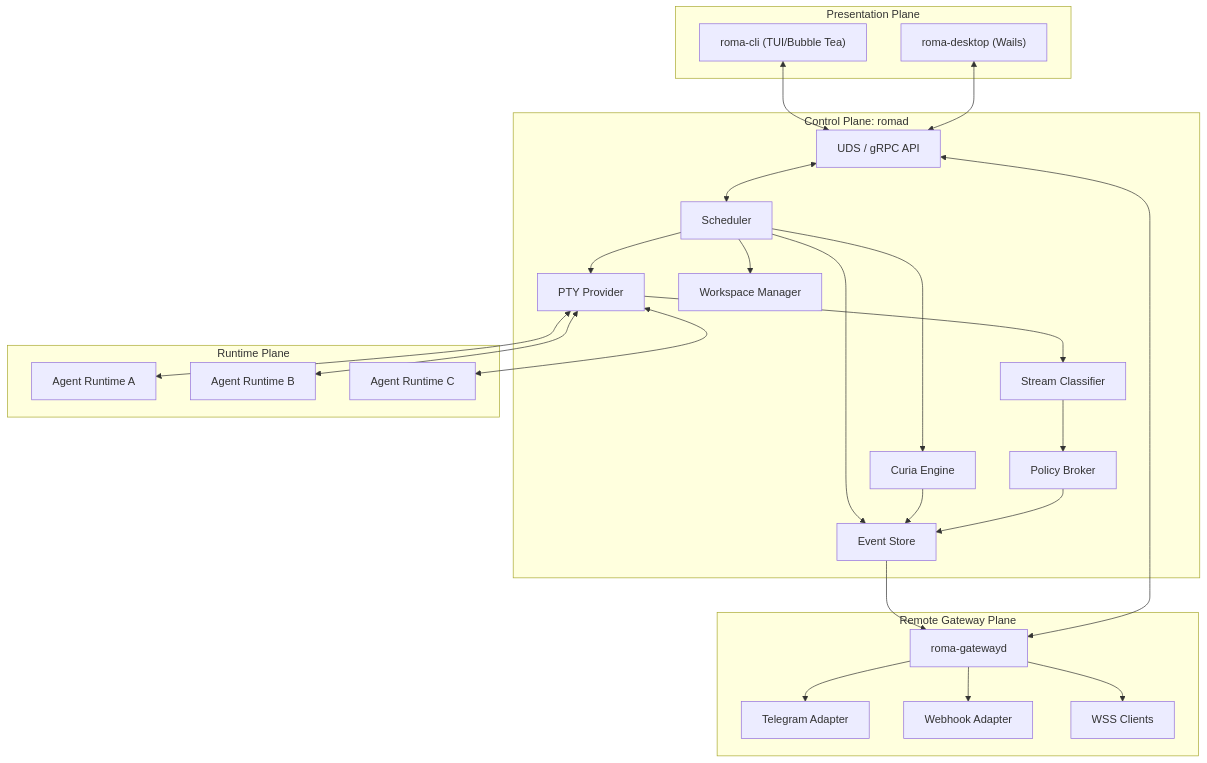
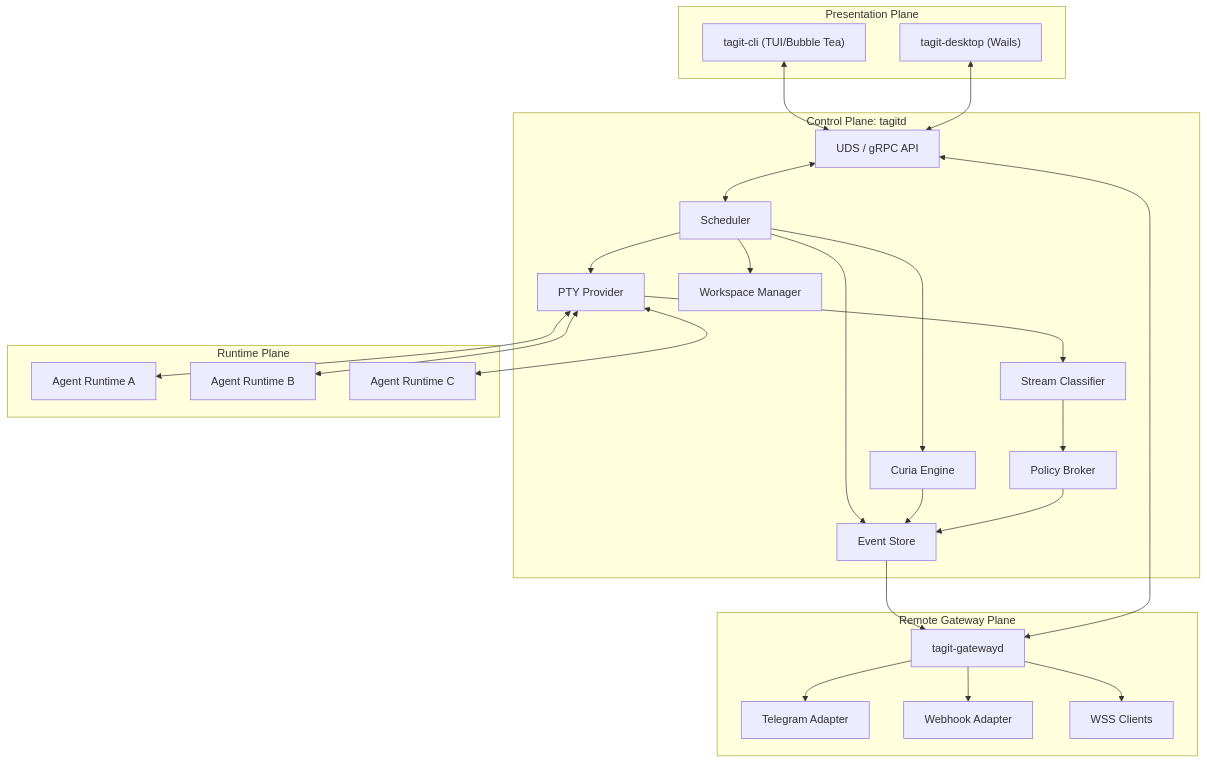
Before and after one commit to liliang-cn/tagit: the diagram in DESIGN.md, drawn with Mermaid. The commit also changed other lines of this file and 173 other files, not shown here.

Commit message:
rename: roma -> tagit across module, binaries, markers, paths, docs

````diff
--- a/DESIGN.md
+++ b/DESIGN.md
@@ -117,51 +117,51 @@
 ```mermaid
 graph TD
     subgraph "Presentation Plane"
-        CLI["roma-cli (TUI/Bubble Tea)"]
-        GUI["roma-desktop (Wails)"]
+        CLI["tagit-cli (TUI/Bubble Tea)"]
+        GUI["tagit-desktop (Wails)"]
     end
 
-    subgraph "Control Plane: romad"
+    subgraph "Control Plane: tagitd"
         API["UDS / gRPC API"]
         SCH["Scheduler"]
         CUR["Curia Engine"]
         PTY["PTY Provider"]
         STR["Stream Classifier"]
         WRK["Workspace Manager"]
         POL["Policy Broker"]
         STO["Event Store"]
     end
 
     subgraph "Runtime Plane"
         A1["Agent Runtime A"]
         A2["Agent Runtime B"]
         A3["Agent Runtime C"]
     end
 
     subgraph "Remote Gateway Plane"
-        GW["roma-gatewayd"]
+        GW["tagit-gatewayd"]
         TG["Telegram Adapter"]
         WH["Webhook Adapter"]
         WS["WSS Clients"]
     end
 
     CLI <--> API
     GUI <--> API
     API <--> SCH
     SCH --> CUR
     SCH --> PTY
     SCH --> WRK
     PTY <--> A1
     PTY <--> A2
     PTY <--> A3
     PTY --> STR
     STR --> POL
     SCH --> STO
     CUR --> STO
     POL --> STO
     STO --> GW
     API <--> GW
     GW --> TG
     GW --> WH
     GW --> WS
 ```
````
